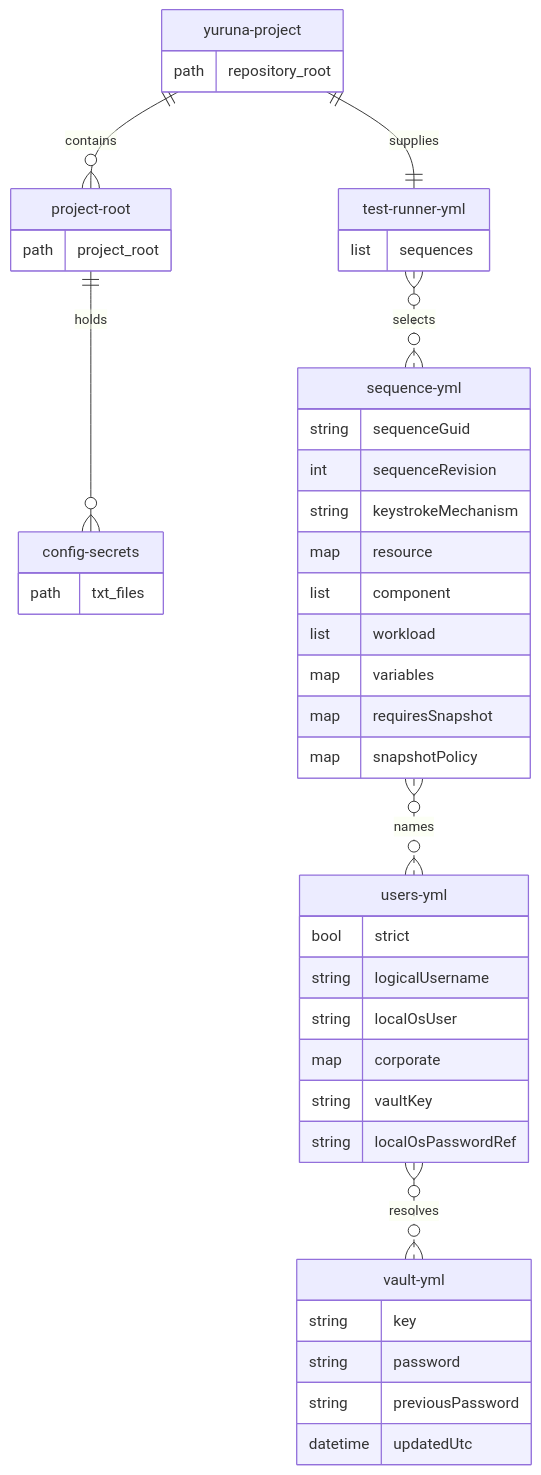
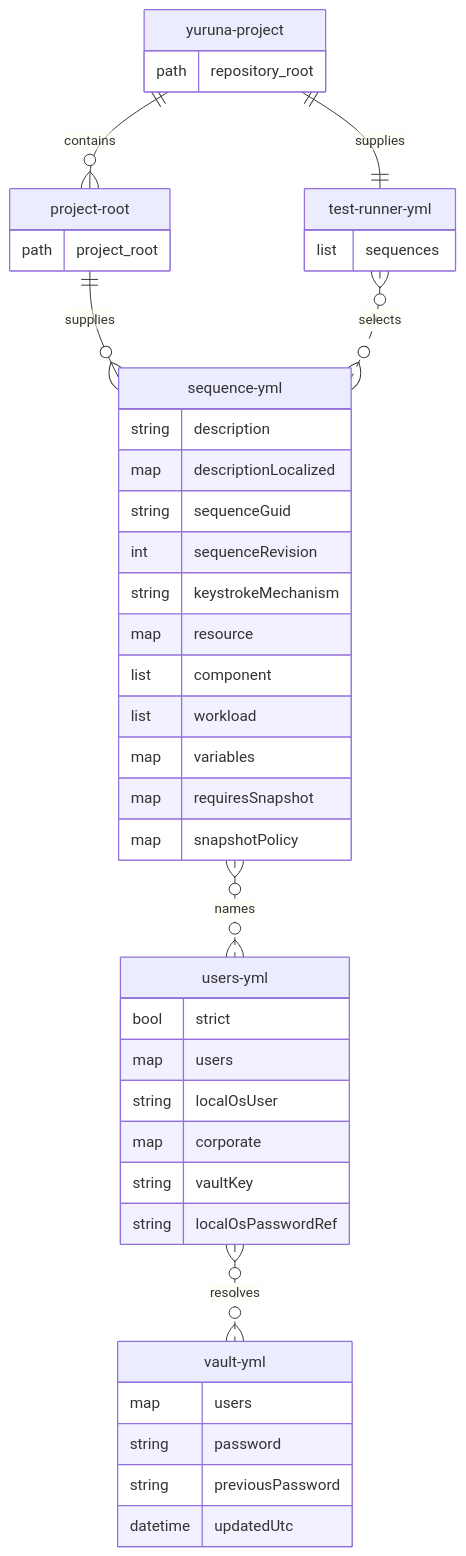
The third of 3 diagrams in docs/design/05-data-model.md (alissonsol/yuruna), drawn with Mermaid before and after one commit. The commit also changed other lines of this file and 1343 other files, not shown here.

````diff
--- a/docs/design/05-data-model.md
+++ b/docs/design/05-data-model.md
@@ -119,47 +165,45 @@
 ```mermaid
 erDiagram
     yuruna-project ||--o{ project-root : contains
-    %% optional: the validator accepts secret text files in either config location.
-    project-root ||--o{ config-secrets : holds
     yuruna-project ||--|| test-runner-yml : supplies
+    project-root ||--o{ sequence-yml : supplies
     test-runner-yml }o..o{ sequence-yml : selects
     sequence-yml }o..o{ users-yml : names
     users-yml }o..o{ vault-yml : resolves
     yuruna-project {
         path repository_root
     }
     project-root {
         path project_root
     }
-    config-secrets {
-        path txt_files
-    }
     test-runner-yml {
         list sequences
     }
     sequence-yml {
+        string description
+        map descriptionLocalized
         string sequenceGuid
         int sequenceRevision
         string keystrokeMechanism
         map resource
         list component
         list workload
         map variables
         map requiresSnapshot
         map snapshotPolicy
     }
     users-yml {
         bool strict
-        string logicalUsername
+        map users
         string localOsUser
         map corporate
         string vaultKey
         string localOsPasswordRef
     }
     vault-yml {
-        string key
+        map users
         string password
         string previousPassword
         datetime updatedUtc
     }
 ```
````
